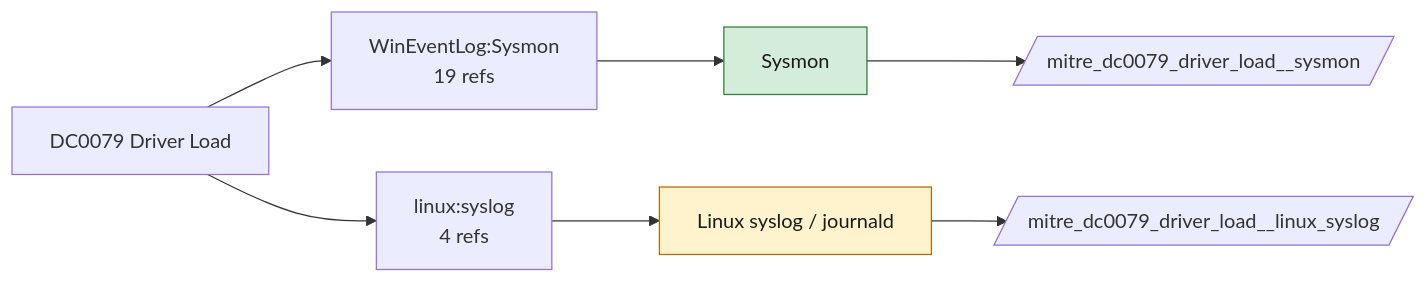
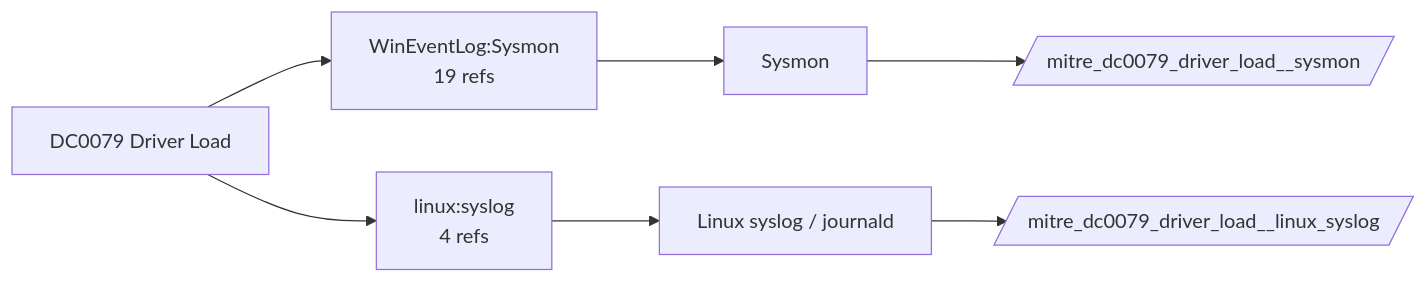
One commit to dev-nobytes-io/mitre-defensive-mappings-spl changed the diagram in docs/data-components/DC0079-driver-load.md. Above: the diagram before and after it, drawn with Mermaid. The commit also changed other lines of this file and 366 other files, not shown here.

````diff
--- a/docs/data-components/DC0079-driver-load.md
+++ b/docs/data-components/DC0079-driver-load.md
@@ -19,16 +19,12 @@
 ```mermaid
 flowchart LR
   DC["DC0079 Driver Load"]
   DC --> LS0["WinEventLog:Sysmon<br/>19 refs"]
   F_sysmon["Sysmon"]
   LS0 --> F_sysmon
   DC --> LS1["linux:syslog<br/>4 refs"]
   F_linux_syslog["Linux syslog / journald"]
   LS1 --> F_linux_syslog
+  F_linux_syslog --> ET_linux_syslog[/"mitre_dc0079_driver_load__linux_syslog"/]
   F_sysmon --> ET_sysmon[/"mitre_dc0079_driver_load__sysmon"/]
-  class F_sysmon live
-  F_linux_syslog --> ET_linux_syslog[/"mitre_dc0079_driver_load__linux_syslog"/]
-  class F_linux_syslog ready
-  classDef live fill:#d4edda,stroke:#2e7d32,color:#1b1b1b
-  classDef ready fill:#fff3cd,stroke:#b26a00,color:#1b1b1b
 ```
````
